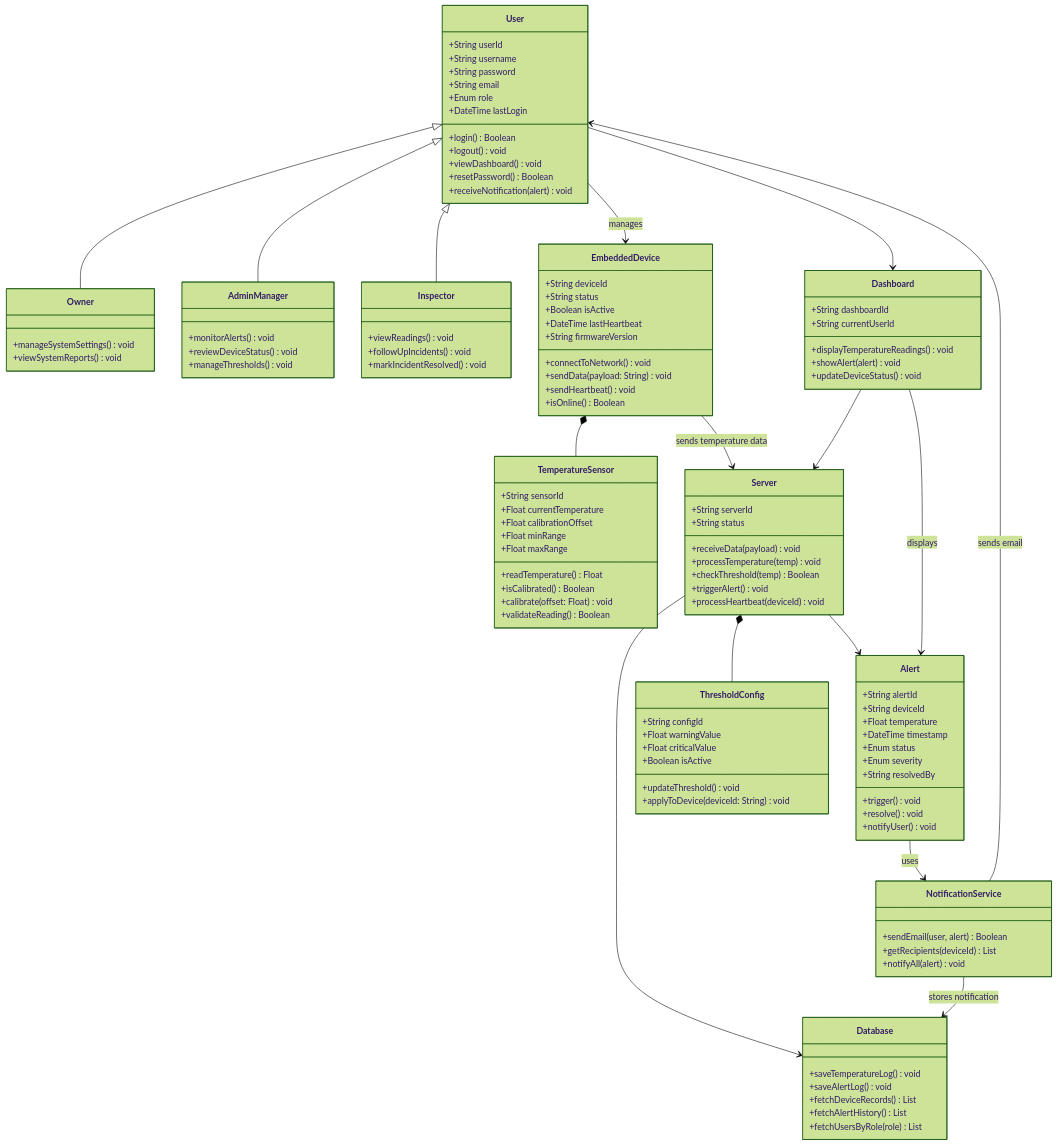
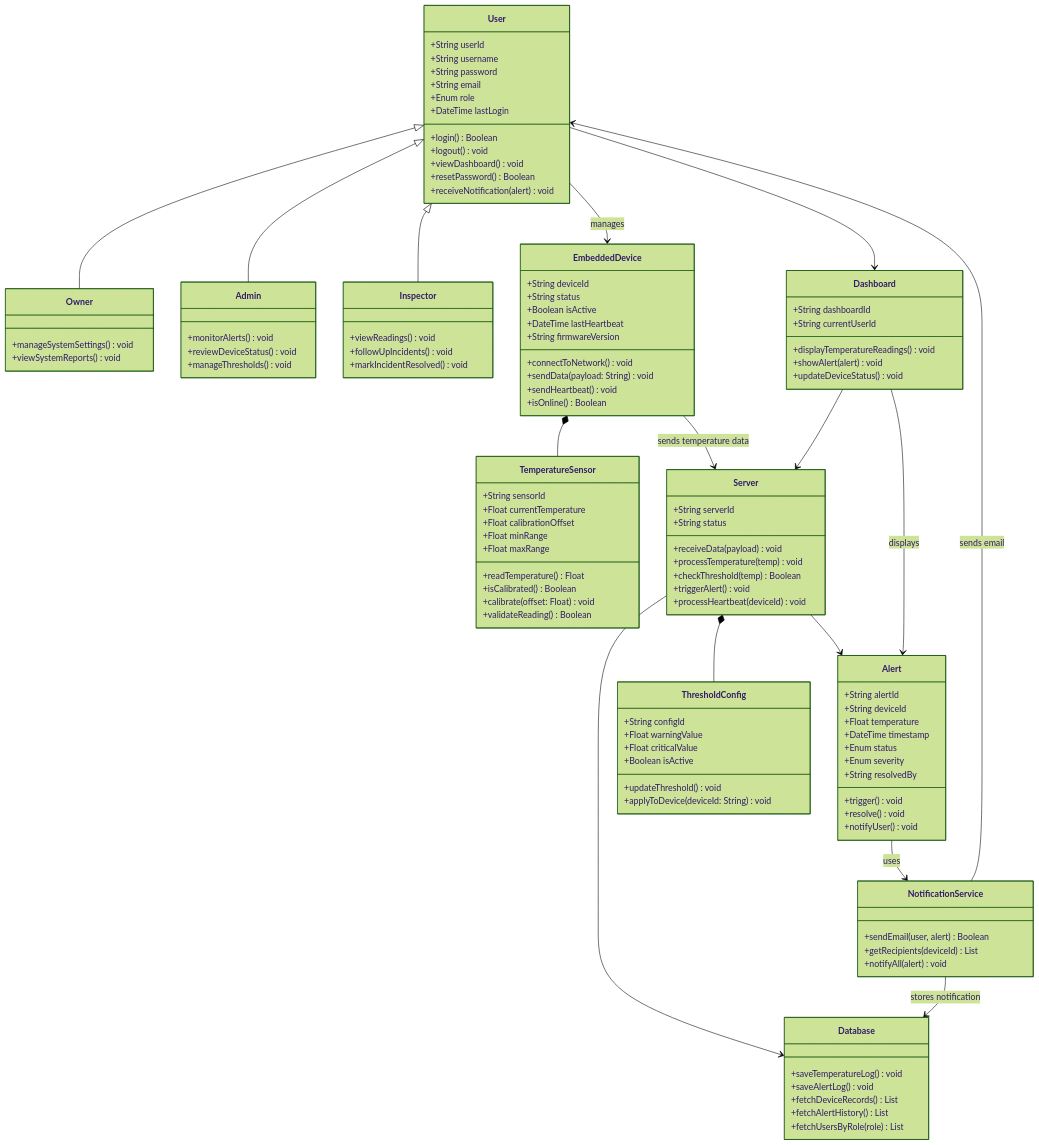
The diagram in Stage 3/2. Define Components, Classes, and Database Design/ER Diagram.md (rabea14180-max/Portfolio-Project), drawn with Mermaid (forest theme) before and after one commit. The commit also changed other lines of this file, not shown here.

Commit message:
Update ER Diagram.md

```diff
--- a/Stage 3/2. Define Components, Classes, and Database Design/ER Diagram.md
+++ b/Stage 3/2. Define Components, Classes, and Database Design/ER Diagram.md
@@ -197,7 +197,7 @@
         +viewSystemReports() void
     }
 
-    class AdminManager {
+    class Admin {
         +monitorAlerts() void
         +reviewDeviceStatus() void
         +manageThresholds() void
@@ -288,7 +288,7 @@
     }
 
     User <|-- Owner
-    User <|-- AdminManager
+    User <|-- Admin
     User <|-- Inspector
 
     User --> EmbeddedDevice : manages
```
